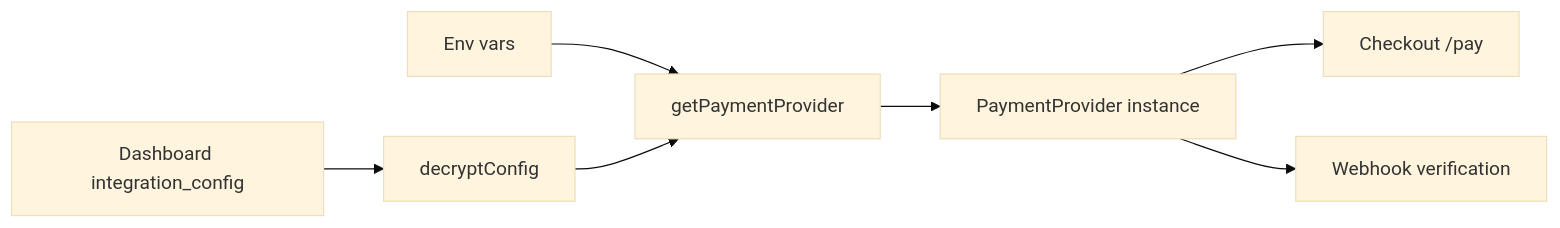
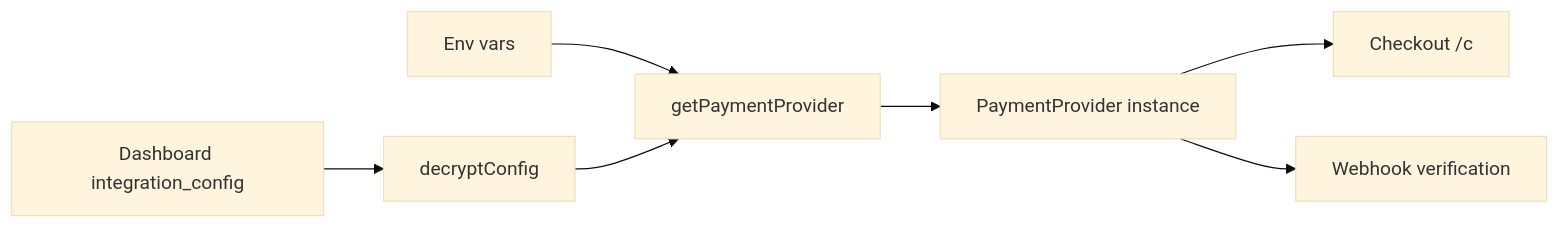
One commit to rodrigobarona/commerce.js-nextjs-clone changed the diagram in apps/docs/content/docs/packages/payments/index.mdx. Above: the diagram before and after it, drawn with Mermaid (base theme). The commit also changed 98 other files, not shown here.

````diff
--- a/apps/docs/content/docs/packages/payments/index.mdx
+++ b/apps/docs/content/docs/packages/payments/index.mdx
@@ -18,9 +18,9 @@
 ```mermaid
 flowchart LR
   ENV[Env vars] --> FACTORY[getPaymentProvider]
   DASH[Dashboard integration_config] --> DEC[decryptConfig]
   DEC --> FACTORY
   FACTORY --> PP[PaymentProvider instance]
-  PP --> CHK[Checkout /pay]
+  PP --> CHK[Checkout /c]
   PP --> WH[Webhook verification]
 ```
````
